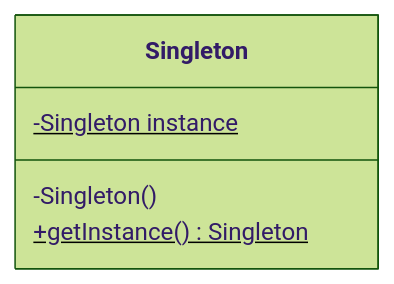
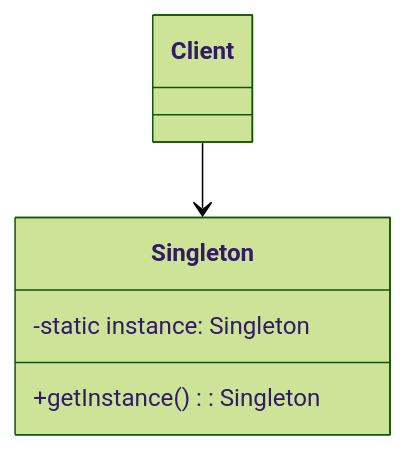
The first of 2 diagrams in singleton/README.md (SaumilP/design-patterns), drawn with Mermaid (forest theme) before and after one commit. The commit also changed other lines of this file and 34 other files, not shown here.

Commit message:
Added class and sequence diagrams

````diff
--- a/singleton/README.md
+++ b/singleton/README.md
@@ -136,8 +116,9 @@
 ```mermaid
 classDiagram
+    class Client
     class Singleton {
-        -Singleton instance$
-        -Singleton()
-        +getInstance() Singleton$
+        -static instance: Singleton
+        +getInstance(): Singleton
     }
+    Client --> Singleton
 ```
````
